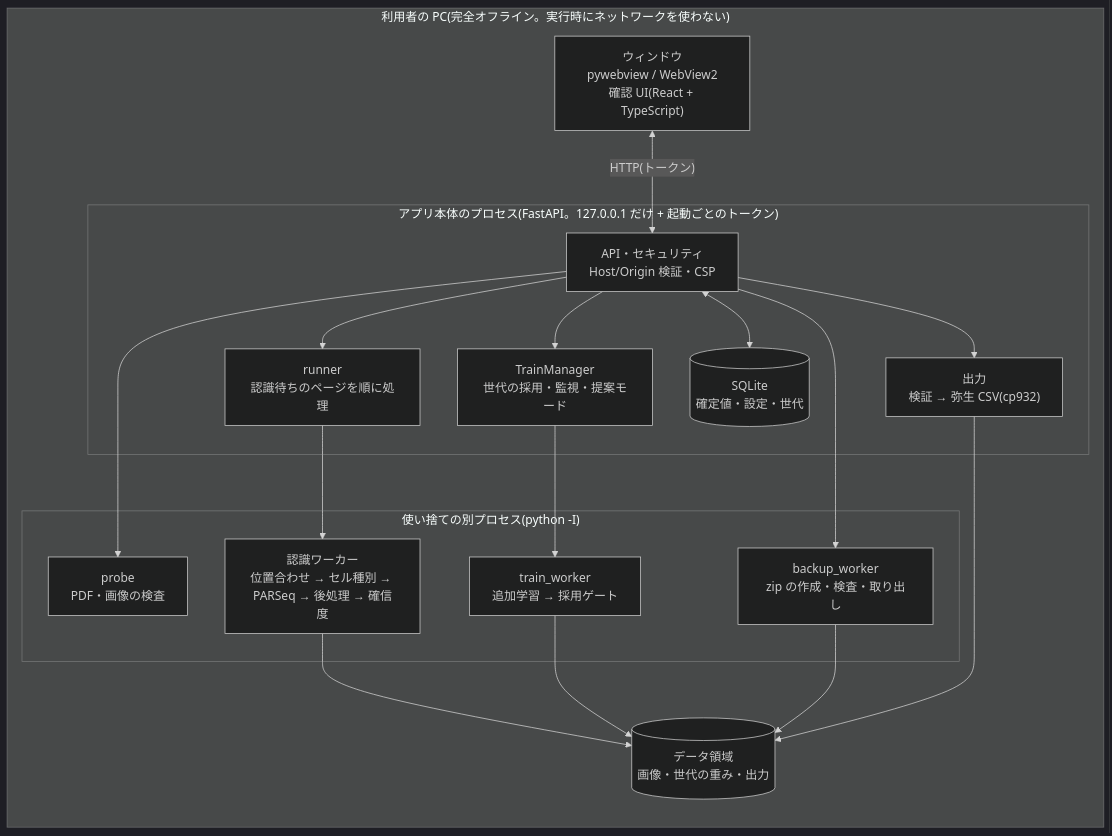
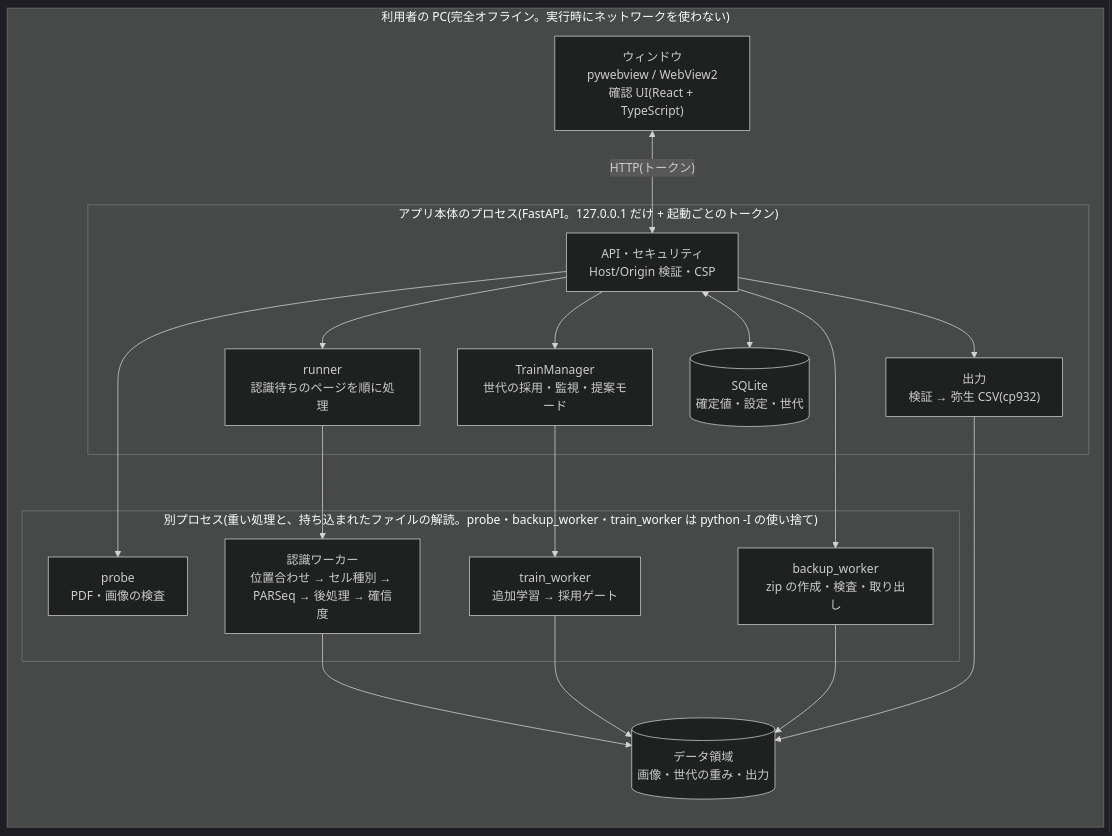
One commit to ttmrase/Yayoi changed the diagram in README.md. Above: the diagram before and after it, drawn with Mermaid (dark theme).

Commit message:
README: 全体像の図の別プロセスの説明を正確にする
Claude-Session: https://claude.ai/code/session_01HM2wb859AAEYyZxgrMnaFt

````diff
--- a/README.md
+++ b/README.md
@@ -12,33 +12,33 @@
 ```mermaid
 flowchart LR
   subgraph PC["利用者の PC(完全オフライン。実行時にネットワークを使わない)"]
     WIN["ウィンドウ<br/>pywebview / WebView2<br/>確認 UI(React + TypeScript)"]
     subgraph SRV["アプリ本体のプロセス(FastAPI。127.0.0.1 だけ + 起動ごとのトークン)"]
       API["API・セキュリティ<br/>Host/Origin 検証・CSP"]
       RUN["runner<br/>認識待ちのページを順に処理"]
       TRAIN["TrainManager<br/>世代の採用・監視・提案モード"]
       EXP["出力<br/>検証 → 弥生 CSV(cp932)"]
       DB[("SQLite<br/>確定値・設定・世代")]
     end
-    subgraph SUB["使い捨ての別プロセス(python -I)"]
+    subgraph SUB["別プロセス(重い処理と、持ち込まれたファイルの解読。probe・backup_worker・train_worker は python -I の使い捨て)"]
       PROBE["probe<br/>PDF・画像の検査"]
       REC["認識ワーカー<br/>位置合わせ → セル種別 → PARSeq → 後処理 → 確信度"]
       TW["train_worker<br/>追加学習 → 採用ゲート"]
       BW["backup_worker<br/>zip の作成・検査・取り出し"]
     end
     FILES[("データ領域<br/>画像・世代の重み・出力")]
   end
   WIN <-->|"HTTP(トークン)"| API
   API --> PROBE
   API --> RUN
   RUN --> REC
   API --> EXP
   API --> TRAIN
   TRAIN --> TW
   API --> BW
   API <--> DB
   REC --> FILES
   TW --> FILES
   BW --> FILES
   EXP --> FILES
 ```
````
